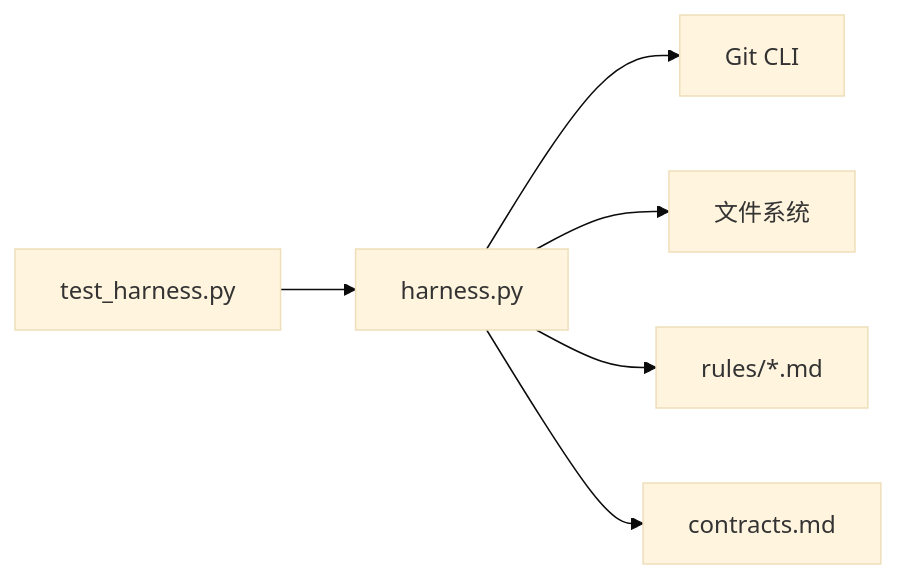
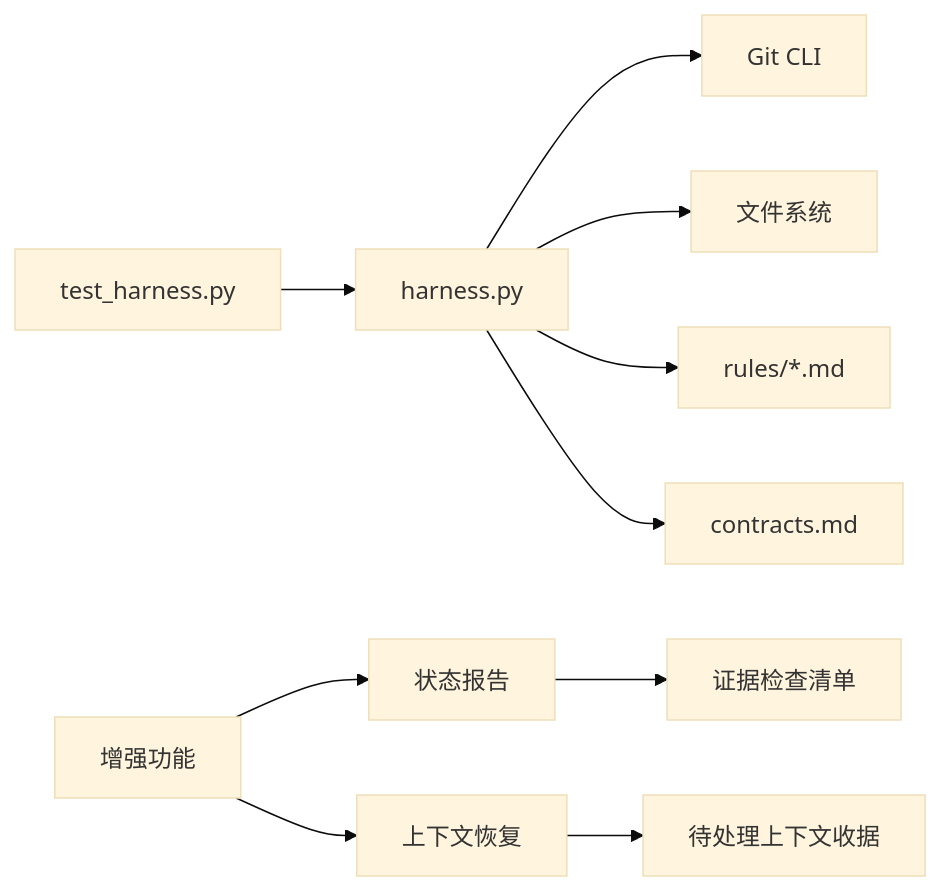
Before and after one commit to HackSing/docs-harness: the fourth of 4 diagrams in .qoder/repowiki/zh/content/任务管理/任务生命周期管理.md, drawn with Mermaid (base theme). The commit also changed other lines of this file and 45 other files, not shown here.

First line of the commit message:
feat(harness): v1.7.6 按变更面选择验证强度、git_commit 受控意图与关键词 Gate 路由移除

````diff
--- a/.qoder/repowiki/zh/content/任务管理/任务生命周期管理.md
+++ b/.qoder/repowiki/zh/content/任务管理/任务生命周期管理.md
@@ -249,8 +321,12 @@
 ```mermaid
 graph LR
 Harness["harness.py"] --> Git["Git CLI"]
 Harness --> FS["文件系统"]
 Harness --> Rules["rules/*.md"]
 Harness --> Contracts["contracts.md"]
 Tests["test_harness.py"] --> Harness
+Enhanced["增强功能"] --> StateReport["状态报告"]
+Enhanced --> ContextRecovery["上下文恢复"]
+StateReport --> EvidenceChecklist["证据检查清单"]
+ContextRecovery --> PendingReceipts["待处理上下文收据"]
 ```
````
